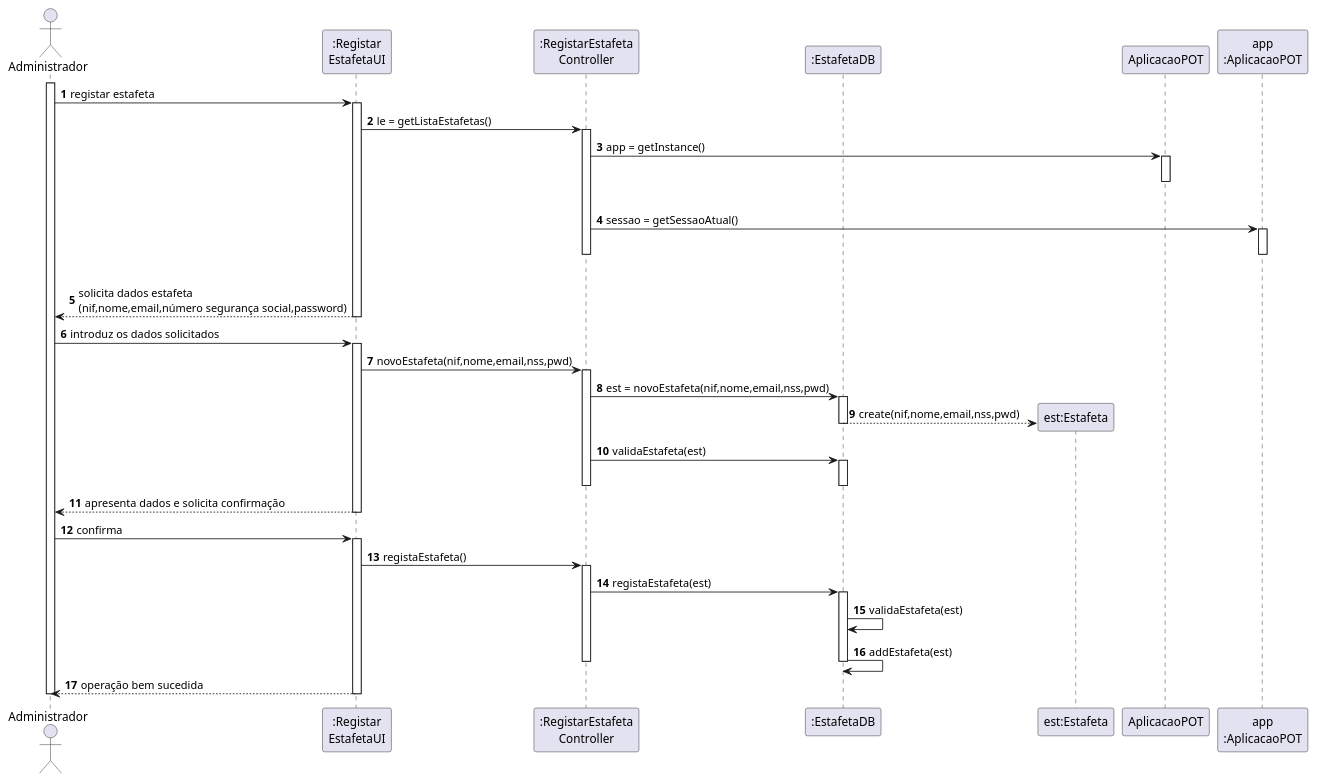
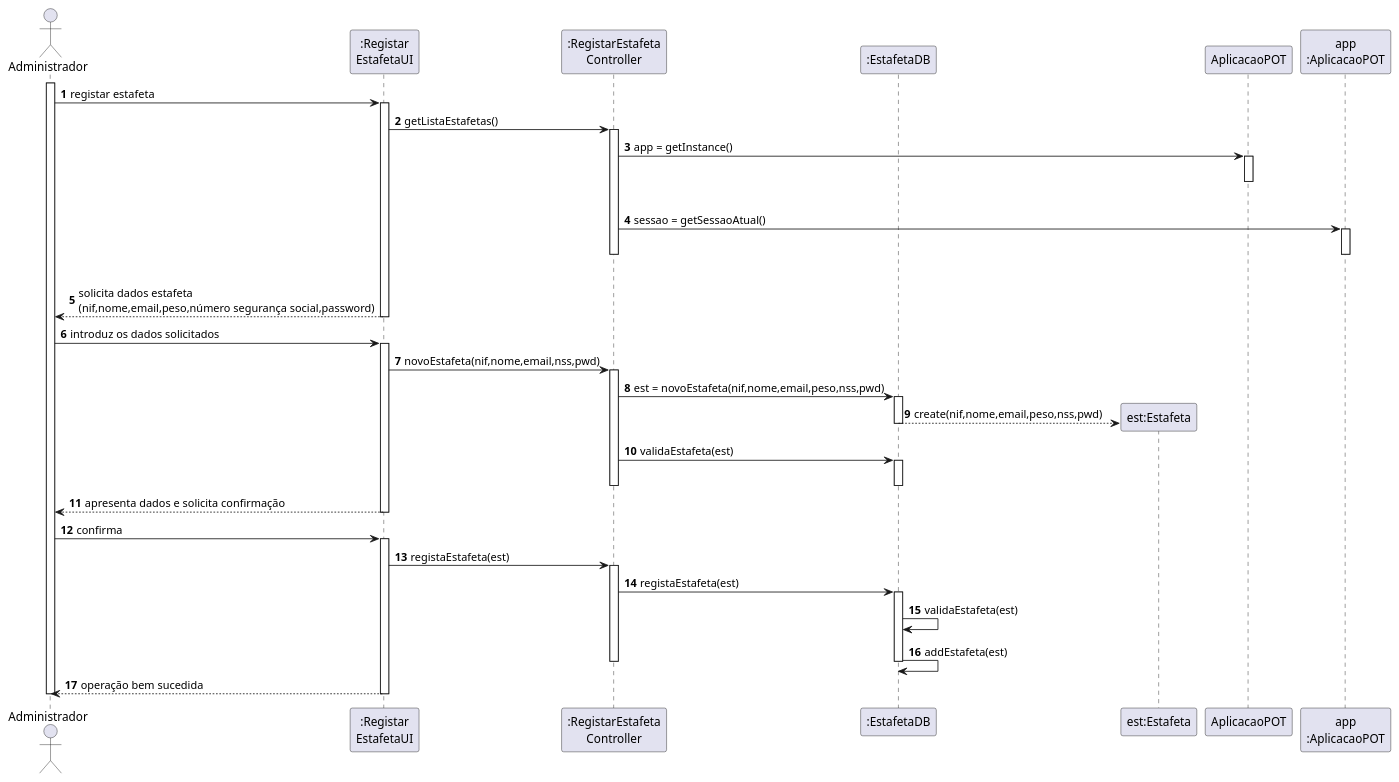
One commit to pedrolemos4/LAPR3 changed the diagram in docs/UC21/UC21_RegistarEstafetaSD.puml. Above: the diagram before and after it, drawn with PlantUML. The commit also changed 7 other files, not shown here.

```diff
--- a/docs/UC21/UC21_RegistarEstafetaSD.puml
+++ b/docs/UC21/UC21_RegistarEstafetaSD.puml
@@ -1,73 +1,73 @@
 @startuml
 autonumber
 
 actor "Administrador" as ADM
 participant ":Registar\nEstafetaUI" as UI
 participant ":RegistarEstafeta\nController" as CTRL
 participant ":EstafetaDB" as ESTS
 participant "est:Estafeta" as EST
 participant "AplicacaoPOT" as _APP
 participant "app\n:AplicacaoPOT" as APP
 
 activate ADM
 ADM -> UI : registar estafeta
 activate UI
 
-UI -> CTRL : le = getListaEstafetas()
+UI -> CTRL : getListaEstafetas()
 activate CTRL
 
 CTRL -> _APP: app = getInstance()
 activate _APP
 |||
 deactivate _APP
 
 CTRL -> APP: sessao = getSessaoAtual()
 activate APP
 |||
 deactivate APP
 
 deactivate CTRL
 
-UI --> ADM : solicita dados estafeta \n(nif,nome,email,número segurança social,password)
+UI --> ADM : solicita dados estafeta \n(nif,nome,email,peso,número segurança social,password)
 deactivate UI
 
 ADM -> UI : introduz os dados solicitados
 activate UI
 
 UI -> CTRL : novoEstafeta(nif,nome,email,nss,pwd)
 activate CTRL
 
-CTRL -> ESTS: est = novoEstafeta(nif,nome,email,nss,pwd)
+CTRL -> ESTS: est = novoEstafeta(nif,nome,email,peso,nss,pwd)
 activate ESTS
 
-ESTS --> EST ** : create(nif,nome,email,nss,pwd)
+ESTS --> EST ** : create(nif,nome,email,peso,nss,pwd)
 
 deactivate ESTS
 
 CTRL -> ESTS : validaEstafeta(est)
 activate ESTS
 deactivate ESTS
 
 deactivate CTRL
 UI --> ADM : apresenta dados e solicita confirmação
 deactivate UI
 
 ADM -> UI : confirma
 activate UI
 
-UI -> CTRL: registaEstafeta()
+UI -> CTRL: registaEstafeta(est)
 activate CTRL
 CTRL -> ESTS: registaEstafeta(est)
 activate ESTS
 
 ESTS -> ESTS: validaEstafeta(est)
 
 ESTS -> ESTS: addEstafeta(est)
 
 deactivate ESTS
 deactivate CTRL
 UI --> ADM : operação bem sucedida
 deactivate UI
 
 deactivate ADM
 @enduml
```
